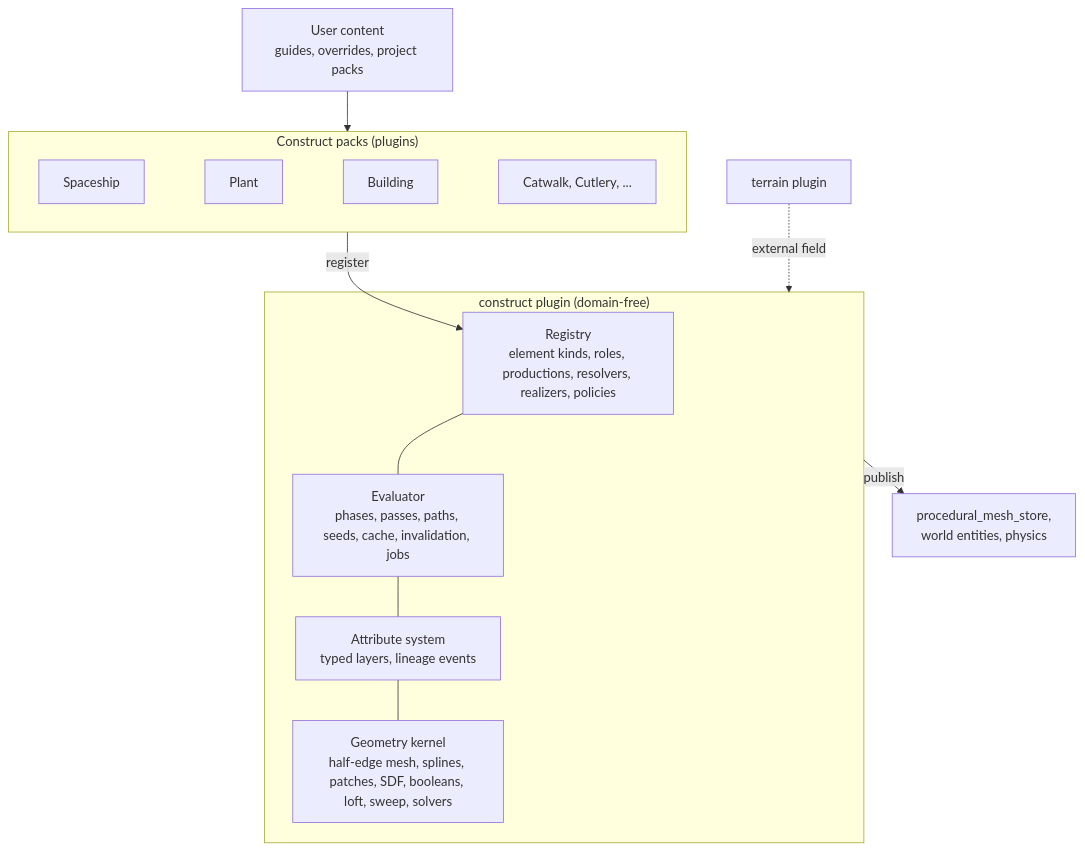
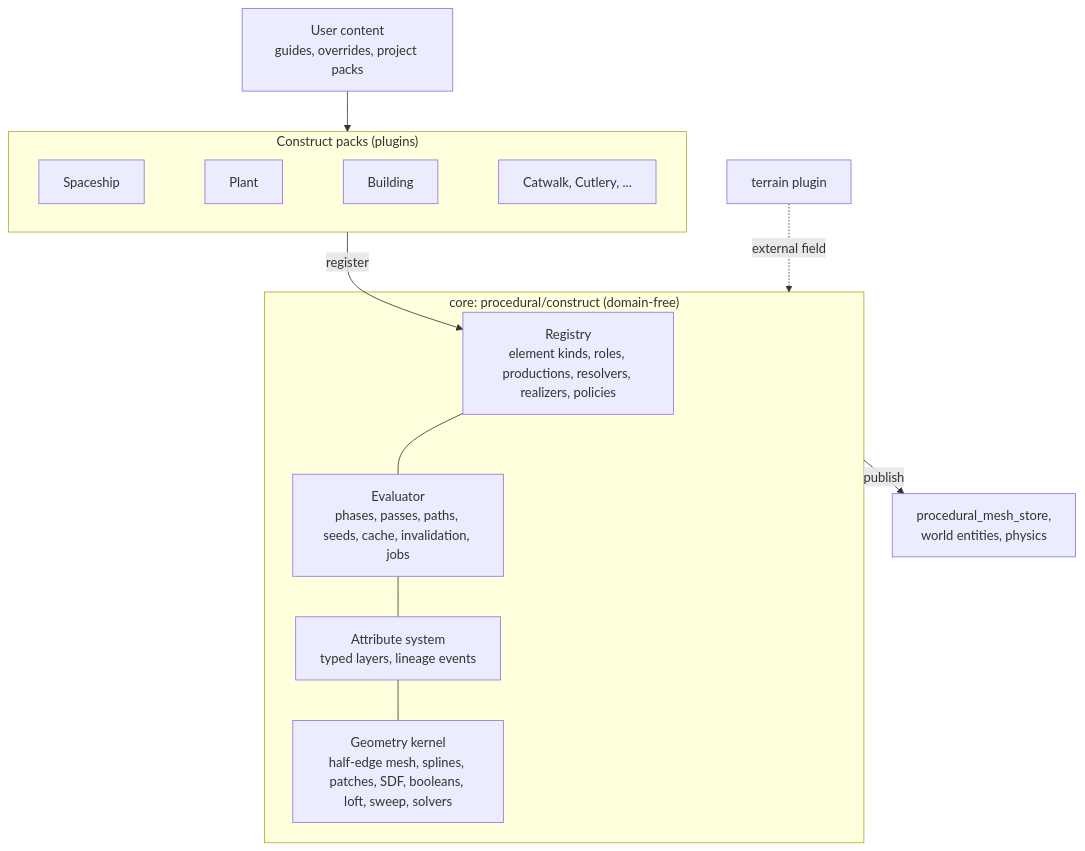
One commit to Mich-Dich/Gluttony changed the third of 3 diagrams in documentation/procedural_construction.md. Above: the diagram before and after it, drawn with Mermaid. The commit also changed other lines of this file and 79 other files, not shown here.

````diff
--- a/documentation/procedural_construction.md
+++ b/documentation/procedural_construction.md
@@ -372,17 +384,17 @@
 ```mermaid
 flowchart TB
     U["User content<br/>guides, overrides, project packs"] --> PK
     subgraph PK["Construct packs (plugins)"]
         S["Spaceship"] ~~~ PL["Plant"] ~~~ B["Building"] ~~~ M["Catwalk, Cutlery, ..."]
     end
     PK -->|register| REG
-    subgraph CORE["construct plugin (domain-free)"]
+    subgraph CORE["core: procedural/construct (domain-free)"]
         REG["Registry<br/>element kinds, roles, productions, resolvers, realizers, policies"]
         RT["Evaluator<br/>phases, passes, paths, seeds, cache, invalidation, jobs"]
         AT["Attribute system<br/>typed layers, lineage events"]
         K["Geometry kernel<br/>half-edge mesh, splines, patches, SDF, booleans, loft, sweep, solvers"]
         REG --- RT --- AT --- K
     end
     CORE -->|publish| STORE["procedural_mesh_store,<br/>world entities, physics"]
     TER["terrain plugin"] -.->|external field| CORE
 ```
````
